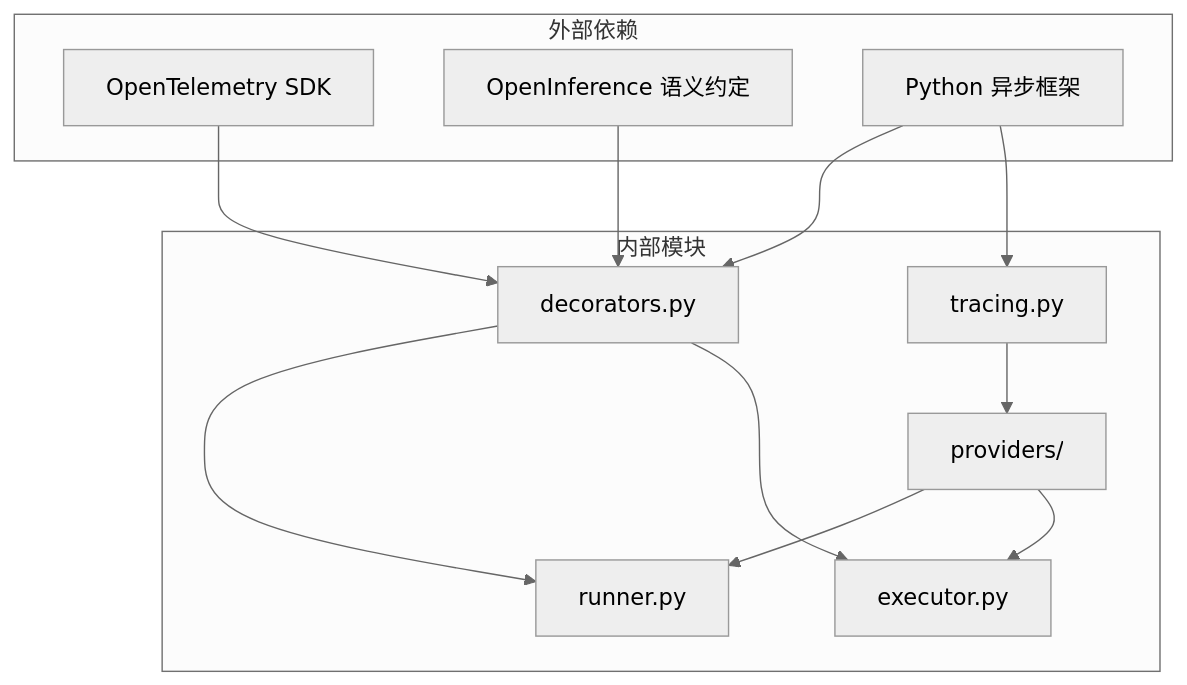
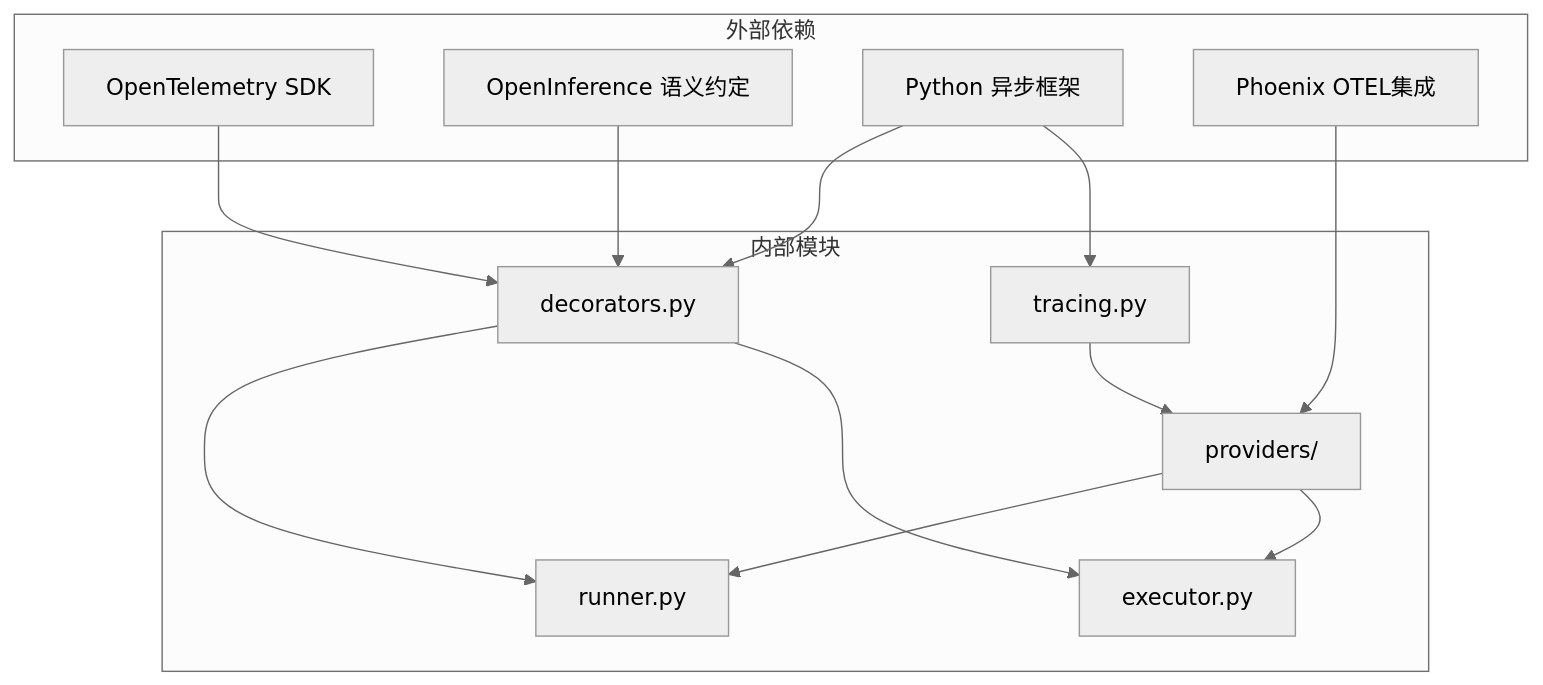
One commit to YU-JI-KUI/ark-agentic changed the ninth of 9 diagrams in repowiki/zh/content/核心框架/追踪装饰器.md. Above: the diagram before and after it, drawn with Mermaid (neutral theme). The commit also changed other lines of this file and 6 other files, not shown here.

Commit message:
update doc and add mermaid js

````diff
--- a/repowiki/zh/content/核心框架/追踪装饰器.md
+++ b/repowiki/zh/content/核心框架/追踪装饰器.md
@@ -291,24 +354,26 @@
 ```mermaid
 graph TB
 subgraph "外部依赖"
 A[OpenTelemetry SDK]
 B[OpenInference 语义约定]
 C[Python 异步框架]
+D[Phoenix OTEL集成]
 end
 subgraph "内部模块"
-D[decorators.py]
-E[tracing.py]
-F[providers/]
-G[runner.py]
-H[executor.py]
+E[decorators.py]
+F[tracing.py]
+G[providers/]
+H[runner.py]
+I[executor.py]
 end
-A --> D
-B --> D
-C --> D
+A --> E
+B --> E
 C --> E
+C --> F
 D --> G
-D --> H
-E --> F
+E --> H
+E --> I
 F --> G
-F --> H
+G --> H
+G --> I
 ```
````
